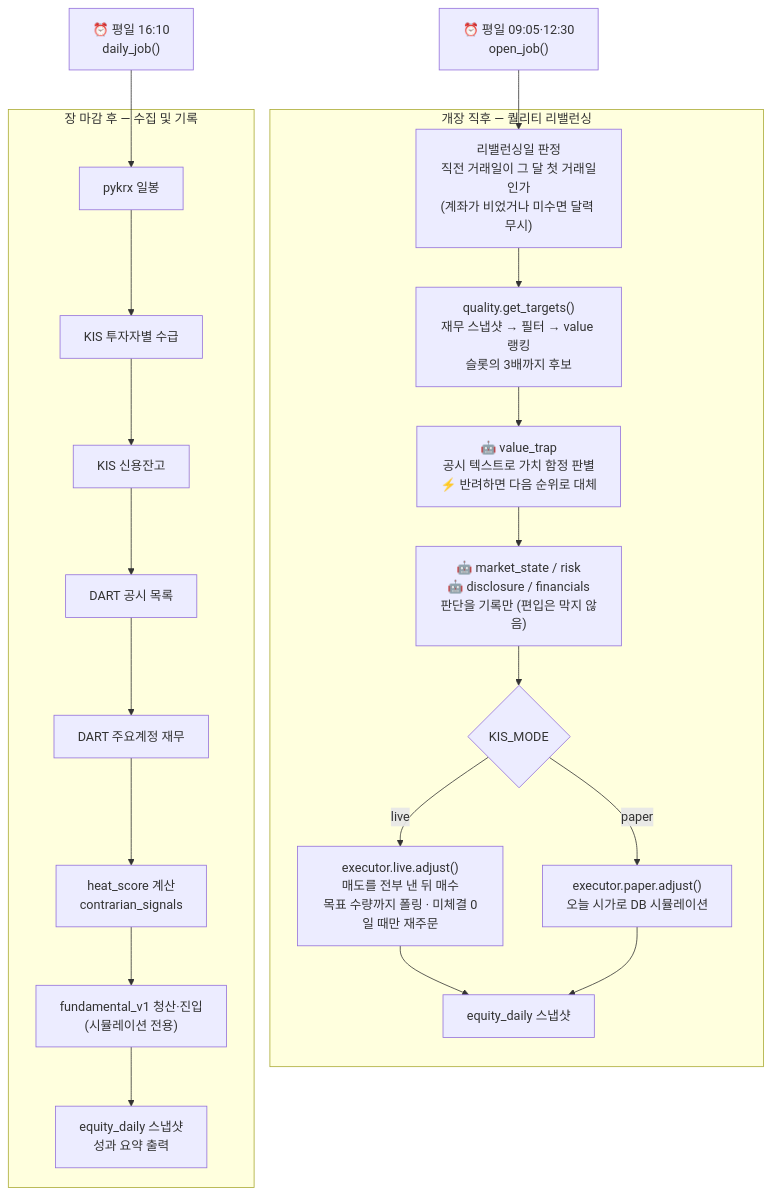
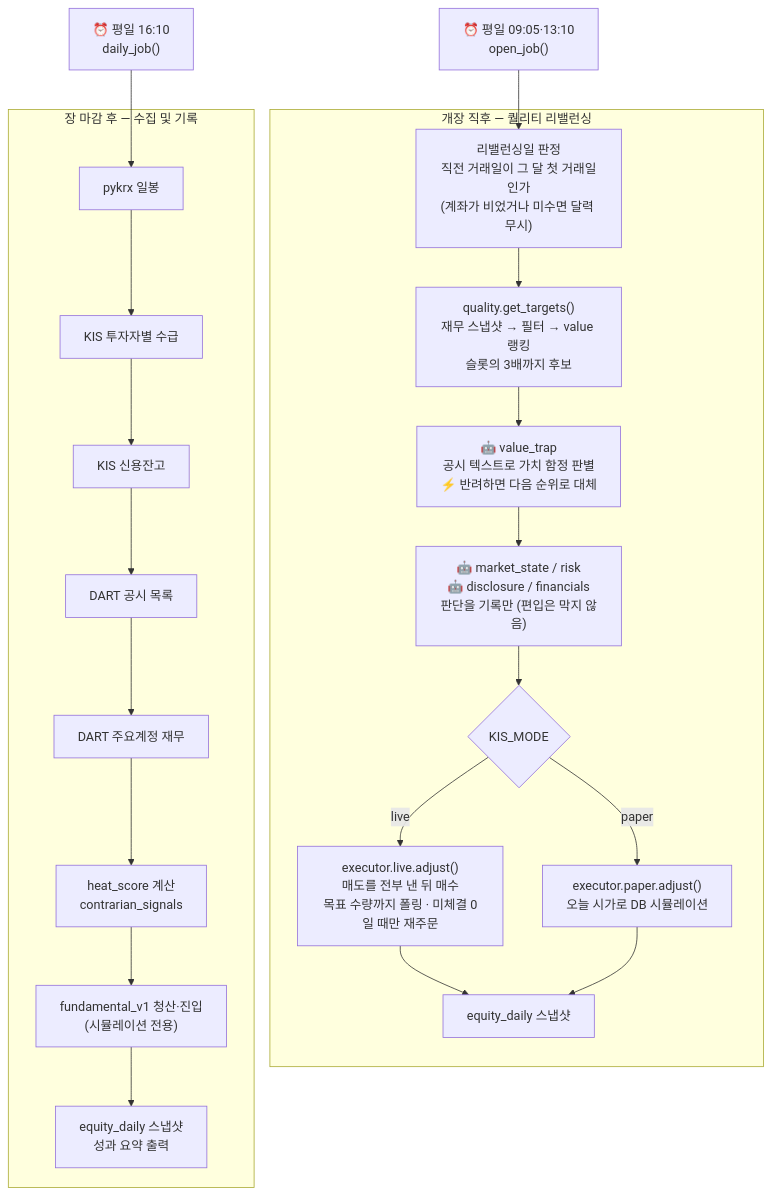
Before and after one commit to polymathPD/WarrentBuffettBot: the diagram in README.md, drawn with Mermaid. The commit also changed other lines of this file and 3 other files, not shown here.

````diff
--- a/README.md
+++ b/README.md
@@ -21,33 +21,33 @@
 ```mermaid
 flowchart TD
-    OPEN["⏰ 평일 09:05·12:30\nopen_job()"]
+    OPEN["⏰ 평일 09:05·13:10\nopen_job()"]
     CLOSE["⏰ 평일 16:10\ndaily_job()"]
 
     subgraph REBAL["개장 직후 — 퀄리티 리밸런싱"]
         R1["리밸런싱일 판정\n직전 거래일이 그 달 첫 거래일인가\n(계좌가 비었거나 미수면 달력 무시)"]
         R2["quality.get_targets()\n재무 스냅샷 → 필터 → value 랭킹\n슬롯의 3배까지 후보"]
         R3["🤖 value_trap\n공시 텍스트로 가치 함정 판별\n⚡ 반려하면 다음 순위로 대체"]
         R4["🤖 market_state / risk\n🤖 disclosure / financials\n판단을 기록만 (편입은 막지 않음)"]
         R5{"KIS_MODE"}
         R6["executor.live.adjust()\n매도를 전부 낸 뒤 매수\n목표 수량까지 폴링 · 미체결 0일 때만 재주문"]
         R7["executor.paper.adjust()\n오늘 시가로 DB 시뮬레이션"]
         R8["equity_daily 스냅샷"]
     end
 
     subgraph COLLECT["장 마감 후 — 수집 및 기록"]
         C1["pykrx 일봉"]
         C2["KIS 투자자별 수급"]
         C3["KIS 신용잔고"]
         C4["DART 공시 목록"]
         C5["DART 주요계정 재무"]
         C6["heat_score 계산\ncontrarian_signals"]
         C7["fundamental_v1 청산·진입\n(시뮬레이션 전용)"]
         C8["equity_daily 스냅샷\n성과 요약 출력"]
     end
 
     OPEN --> R1 --> R2 --> R3 --> R4 --> R5
     R5 -->|live| R6 --> R8
     R5 -->|paper| R7 --> R8
 
     CLOSE --> C1 --> C2 --> C3 --> C4 --> C5 --> C6 --> C7 --> C8
 ```
````
